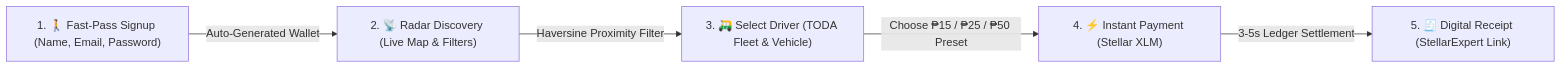
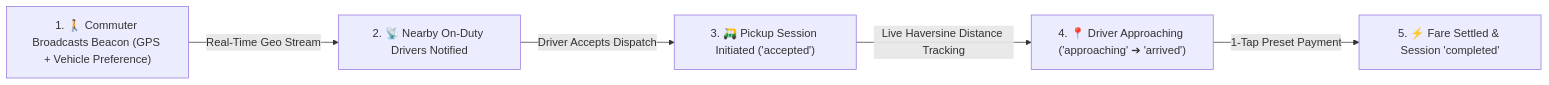
One commit to zneright/mobilis changed the fourth of 5 diagrams in README.md. Above: the diagram before and after it, drawn with Mermaid. The commit also changed other lines of this file and 8 other files, not shown here.

````diff
--- a/README.md
+++ b/README.md
@@ -77,7 +148,7 @@
 ```mermaid
 flowchart LR
-    A["1. 🚶 Fast-Pass Signup (Name, Email, Password)"] -->|Auto-Generated Wallet| B["2. 📡 Radar Discovery (Live Map & Filters)"]
-    B -->|Haversine Proximity Filter| C["3. 🛺 Select Driver (TODA Fleet & Vehicle)"]
-    C -->|Choose ₱15 / ₱25 / ₱50 Preset| D["4. ⚡ Instant Payment (Stellar XLM)"]
-    D -->|3-5s Ledger Settlement| E["5. 🧾 Digital Receipt (StellarExpert Link)"]
+    B1["1. 🚶 Commuter Broadcasts Beacon (GPS + Vehicle Preference)"] -->|Real-Time Geo Stream| B2["2. 📡 Nearby On-Duty Drivers Notified"]
+    B2 -->|Driver Accepts Dispatch| B3["3. 🛺 Pickup Session Initiated ('accepted')"]
+    B3 -->|Live Haversine Distance Tracking| B4["4. 📍 Driver Approaching ('approaching' ➔ 'arrived')"]
+    B4 -->|1-Tap Preset Payment| B5["5. ⚡ Fare Settled & Session 'completed'"]
 ```
````
